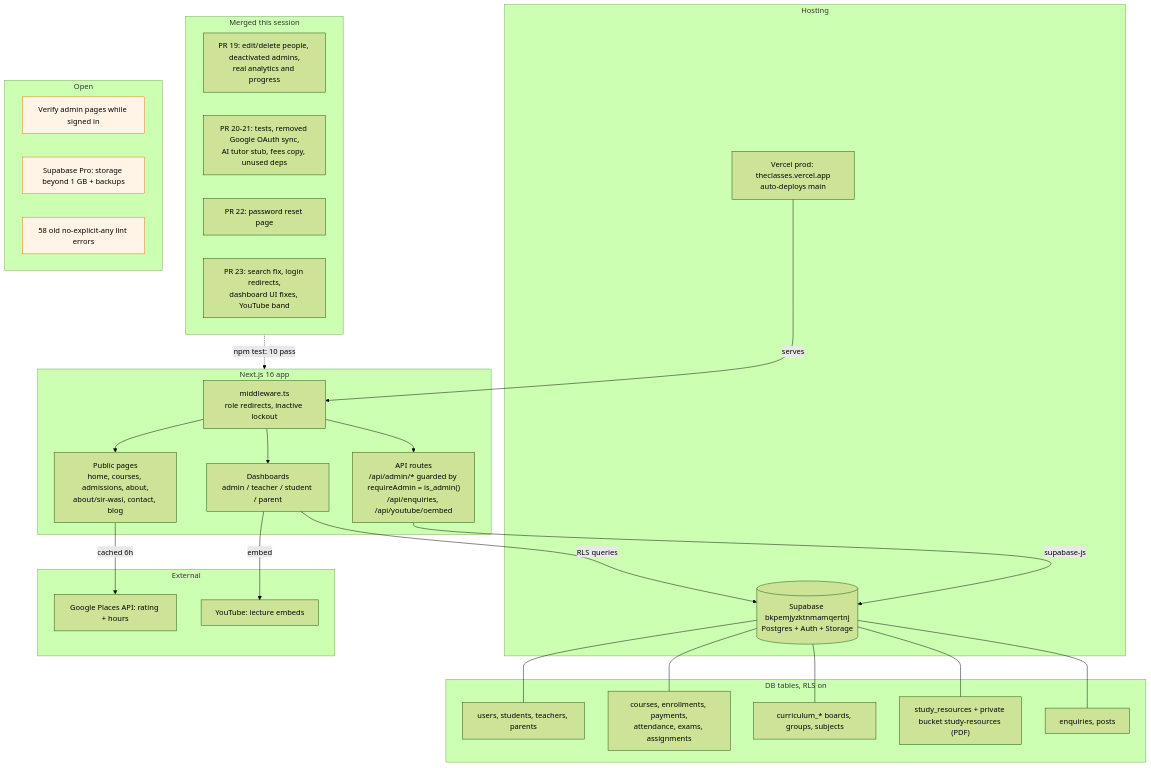
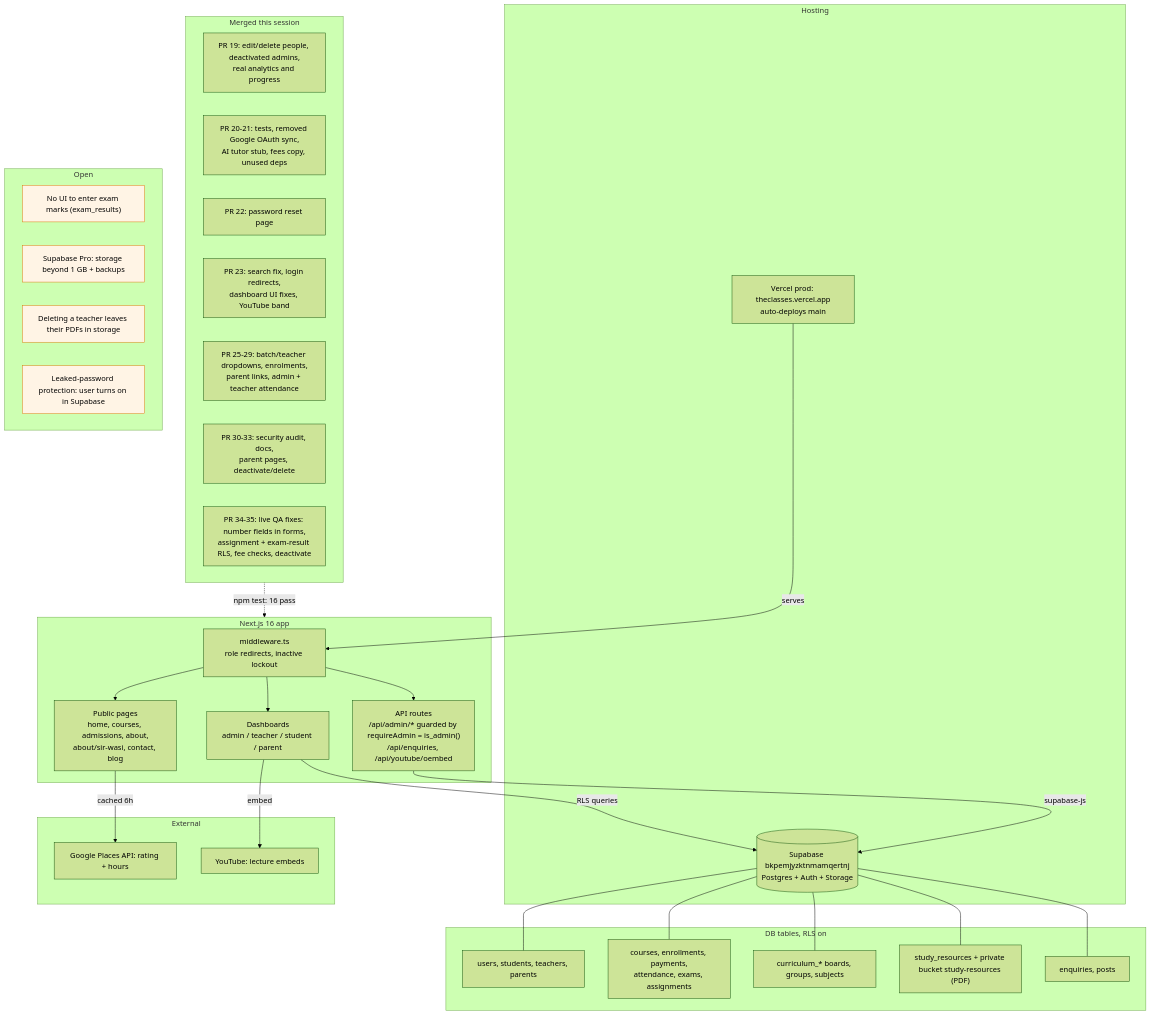
The diagram in diagrams/project-context-graph.md (dellking3861-cmd/theclasses), drawn with Mermaid (forest theme) before and after one commit. The commit also changed other lines of this file and 2 other files, not shown here.

Commit message:
Update docs after live QA run
- Manual: fee limits, published-only assignments, no exam-mark entry yet,
  delete a teacher's materials before deleting them.
- README: tests cover assignments, exam results and fees; users column grant.
- Context graph: PRs 25-35, current open items, easy-to-miss facts.

Claude-Session: https://claude.ai/code/session_01JnZ2SuV1GbRsGkPgsX48e7

````diff
--- a/diagrams/project-context-graph.md
+++ b/diagrams/project-context-graph.md
@@ -6,51 +6,55 @@
 ```mermaid
 flowchart TD
   subgraph Host["Hosting"]
     V["Vercel prod: theclasses.vercel.app<br/>auto-deploys main"]
     SB[("Supabase bkpemjyzktnmamqertnj<br/>Postgres + Auth + Storage")]
   end
   subgraph App["Next.js 16 app"]
     MW["middleware.ts<br/>role redirects, inactive lockout"]
     PUB["Public pages<br/>home, courses, admissions, about,<br/>about/sir-wasi, contact, blog"]
     DASH["Dashboards<br/>admin / teacher / student / parent"]
     API["API routes<br/>/api/admin/* guarded by requireAdmin = is_admin()<br/>/api/enquiries, /api/youtube/oembed"]
   end
   subgraph Data["DB tables, RLS on"]
     T1["users, students, teachers, parents"]
     T2["courses, enrollments, payments,<br/>attendance, exams, assignments"]
     T3["curriculum_* boards, groups, subjects"]
     T4["study_resources + private bucket study-resources (PDF)"]
     T5["enquiries, posts"]
   end
   subgraph Ext["External"]
     G["Google Places API: rating + hours"]
     YT["YouTube: lecture embeds"]
   end
   subgraph Done["Merged this session"]
     D1["PR 19: edit/delete people, deactivated admins,<br/>real analytics and progress"]
     D2["PR 20-21: tests, removed Google OAuth sync,<br/>AI tutor stub, fees copy, unused deps"]
     D3["PR 22: password reset page"]
     D4["PR 23: search fix, login redirects,<br/>dashboard UI fixes, YouTube band"]
+    D5["PR 25-29: batch/teacher dropdowns, enrolments,<br/>parent links, admin + teacher attendance"]
+    D6["PR 30-33: security audit, docs,<br/>parent pages, deactivate/delete"]
+    D7["PR 34-35: live QA fixes: number fields in forms,<br/>assignment + exam-result RLS, fee checks, deactivate"]
   end
   subgraph Todo["Open"]
-    O1["Verify admin pages while signed in"]
+    O1["No UI to enter exam marks (exam_results)"]
     O2["Supabase Pro: storage beyond 1 GB + backups"]
-    O3["58 old no-explicit-any lint errors"]
+    O3["Deleting a teacher leaves their PDFs in storage"]
+    O4["Leaked-password protection: user turns on in Supabase"]
   end
   V -->|serves| MW
   MW --> PUB
   MW --> DASH
   MW --> API
   API -->|supabase-js| SB
   DASH -->|RLS queries| SB
   SB --- T1
   SB --- T2
   SB --- T3
   SB --- T4
   SB --- T5
   PUB -->|cached 6h| G
   DASH -->|embed| YT
-  Done -.->|npm test: 10 pass| App
+  Done -.->|npm test: 16 pass| App
   classDef todo fill:#fff4e5,stroke:#d97706
-  class O1,O2,O3 todo
+  class O1,O2,O3,O4 todo
 ```
````
